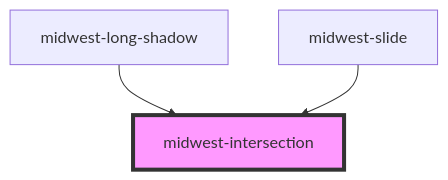
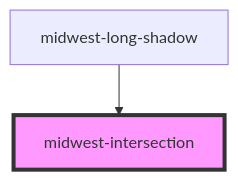
One commit to splitinfinities/Midwest changed the diagram in packages/helpers/docs/components/intersection/readme.md. Above: the diagram before and after it, drawn with Mermaid. The commit also changed other lines of this file and 33 other files, not shown here.

````diff
--- a/packages/helpers/docs/components/intersection/readme.md
+++ b/packages/helpers/docs/components/intersection/readme.md
@@ -27,6 +26,5 @@
 ```mermaid
 graph TD;
   midwest-long-shadow --> midwest-intersection
-  midwest-slide --> midwest-intersection
   style midwest-intersection fill:#f9f,stroke:#333,stroke-width:4px
 ```
````
